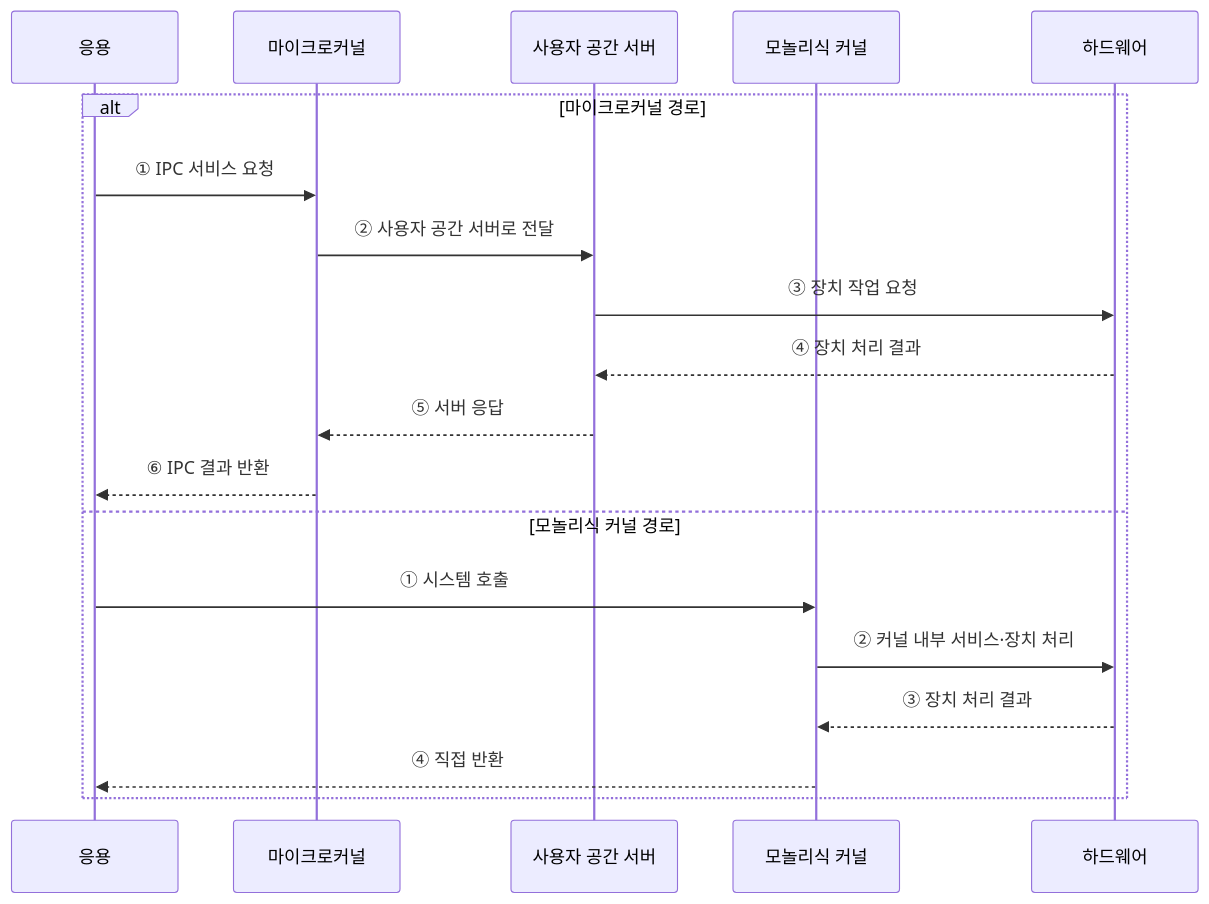
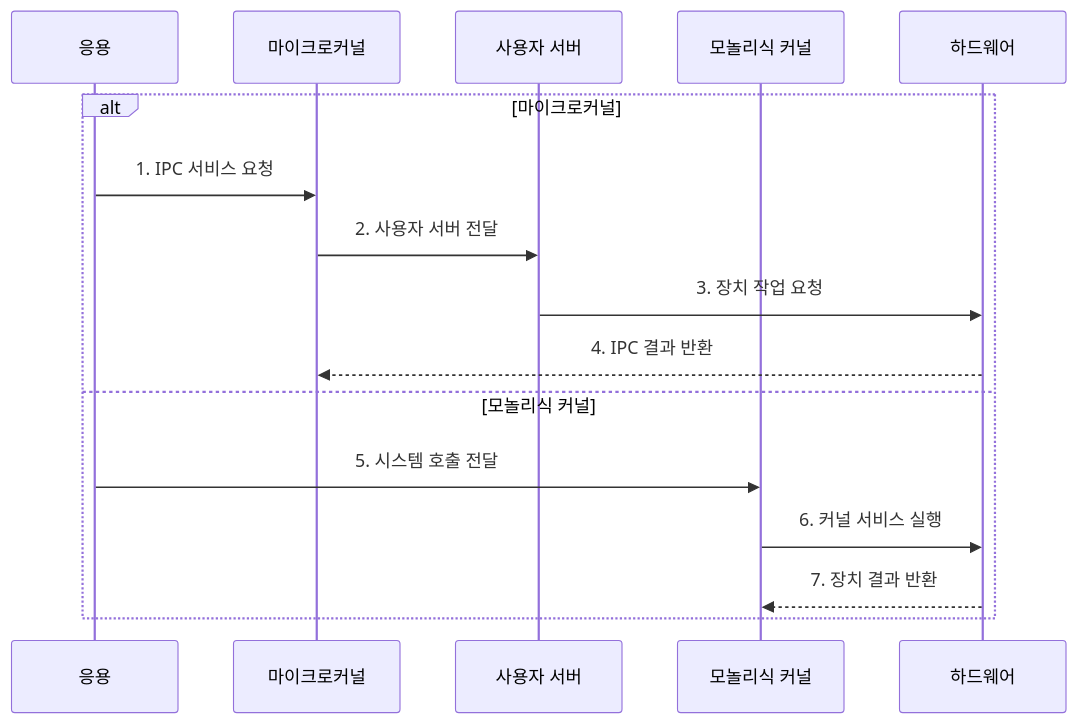
One commit to agnusdei1207/knowledge-base changed the second of 2 diagrams in src/content/docs/notes/03-software/024_microkernel_vs_monolithic.md. Above: the diagram before and after it, drawn with Mermaid. The commit also changed other lines of this file and 20 other files, not shown here.

````diff
--- a/src/content/docs/notes/03-software/024_microkernel_vs_monolithic.md
+++ b/src/content/docs/notes/03-software/024_microkernel_vs_monolithic.md
@@ -87,21 +86,18 @@
 ```mermaid
 sequenceDiagram
     participant A as 응용
     participant M as 마이크로커널
-    participant S as 사용자 공간 서버
+    participant S as 사용자 서버
     participant K as 모놀리식 커널
     participant H as 하드웨어
-    alt 마이크로커널 경로
-        A->>M: ① IPC 서비스 요청
-        M->>S: ② 사용자 공간 서버로 전달
-        S->>H: ③ 장치 작업 요청
-        H-->>S: ④ 장치 처리 결과
-        S-->>M: ⑤ 서버 응답
-        M-->>A: ⑥ IPC 결과 반환
-    else 모놀리식 커널 경로
-        A->>K: ① 시스템 호출
-        K->>H: ② 커널 내부 서비스·장치 처리
-        H-->>K: ③ 장치 처리 결과
-        K-->>A: ④ 직접 반환
+    alt 마이크로커널
+        A->>M: 1. IPC 서비스 요청
+        M->>S: 2. 사용자 서버 전달
+        S->>H: 3. 장치 작업 요청
+        H-->>M: 4. IPC 결과 반환
+    else 모놀리식 커널
+        A->>K: 5. 시스템 호출 전달
+        K->>H: 6. 커널 서비스 실행
+        H-->>K: 7. 장치 결과 반환
     end
 ```
````
